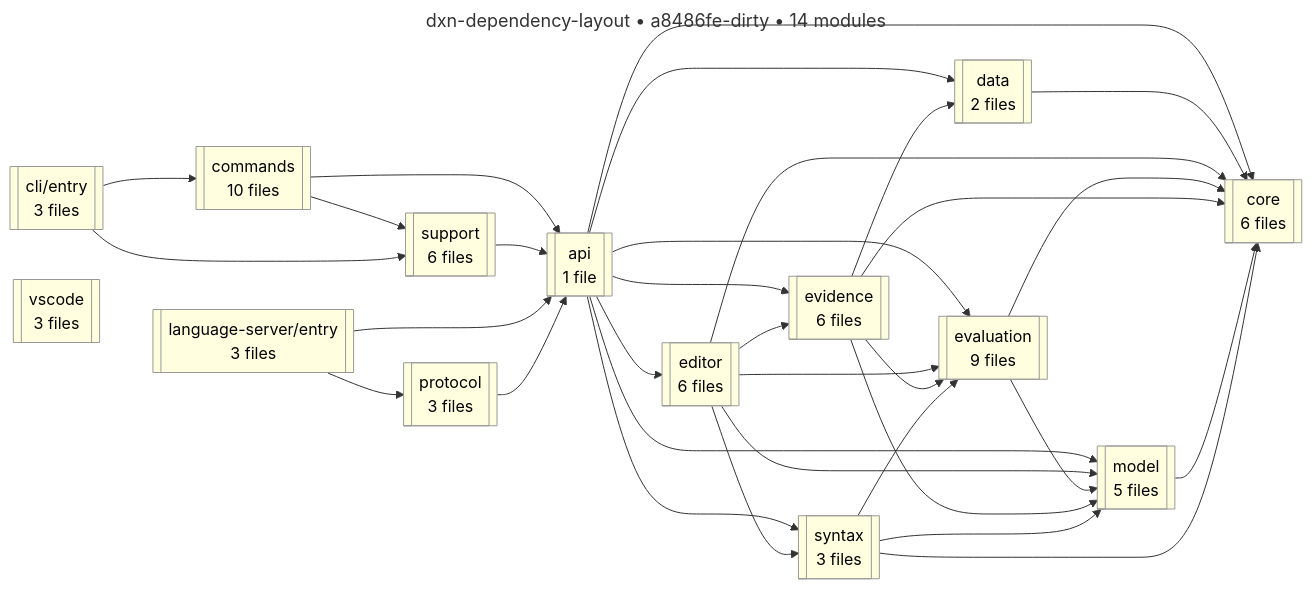
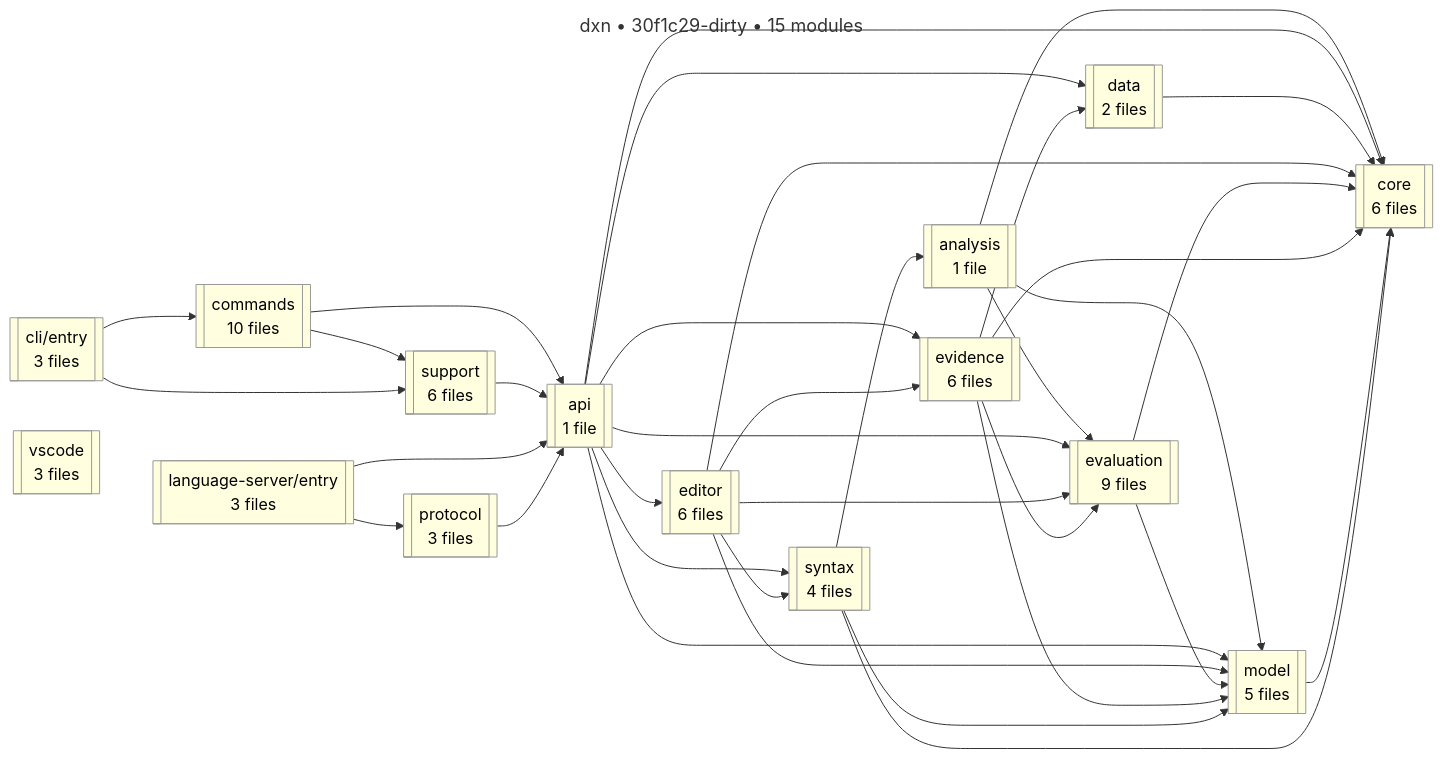
Before and after one commit to LegacyCodeHQ/dxn: the diagram in docs/architecture/dependencies.mmd, drawn with Mermaid. The commit also changed 10 other files, not shown here.

Commit message:
refactor: separate syntax reading from source analysis

```diff
--- a/docs/architecture/dependencies.mmd
+++ b/docs/architecture/dependencies.mmd
@@ -1,53 +1,57 @@
 ---
-title: dxn-dependency-layout • a8486fe-dirty • 14 modules
+title: dxn • 30f1c29-dirty • 15 modules
 ---
 flowchart LR
     n0[["commands<br/>10 files"]]
     n1[["cli/entry<br/>3 files"]]
     n2[["support<br/>6 files"]]
     n3[["language-server/entry<br/>3 files"]]
     n4[["protocol<br/>3 files"]]
-    n5[["api<br/>1 file"]]
-    n6[["core<br/>6 files"]]
-    n7[["data<br/>2 files"]]
-    n8[["editor<br/>6 files"]]
-    n9[["evaluation<br/>9 files"]]
-    n10[["evidence<br/>6 files"]]
-    n11[["model<br/>5 files"]]
-    n12[["syntax<br/>3 files"]]
-    n13[["vscode<br/>3 files"]]
+    n5[["analysis<br/>1 file"]]
+    n6[["api<br/>1 file"]]
+    n7[["core<br/>6 files"]]
+    n8[["data<br/>2 files"]]
+    n9[["editor<br/>6 files"]]
+    n10[["evaluation<br/>9 files"]]
+    n11[["evidence<br/>6 files"]]
+    n12[["model<br/>5 files"]]
+    n13[["syntax<br/>4 files"]]
+    n14[["vscode<br/>3 files"]]
 
     n0 --> n2
-    n0 --> n5
+    n0 --> n6
     n1 --> n0
     n1 --> n2
-    n2 --> n5
+    n2 --> n6
     n3 --> n4
-    n3 --> n5
-    n4 --> n5
-    n5 --> n6
+    n3 --> n6
+    n4 --> n6
     n5 --> n7
-    n5 --> n8
-    n5 --> n9
     n5 --> n10
-    n5 --> n11
     n5 --> n12
-    n7 --> n6
-    n8 --> n6
-    n8 --> n9
-    n8 --> n10
-    n8 --> n11
-    n8 --> n12
-    n9 --> n6
+    n6 --> n7
+    n6 --> n8
+    n6 --> n9
+    n6 --> n10
+    n6 --> n11
+    n6 --> n12
+    n6 --> n13
+    n8 --> n7
+    n9 --> n7
+    n9 --> n10
     n9 --> n11
-    n10 --> n6
+    n9 --> n12
+    n9 --> n13
     n10 --> n7
-    n10 --> n9
-    n10 --> n11
-    n11 --> n6
-    n12 --> n6
-    n12 --> n9
-    n12 --> n11
+    n10 --> n12
+    n11 --> n7
+    n11 --> n8
+    n11 --> n10
+    n11 --> n12
+    n12 --> n7
+    n13 --> n5
+    n13 --> n7
+    n13 --> n12
 
     classDef moduleNode fill:#FFFFE0,stroke:#999999,color:#000000
-    class n0,n1,n2,n3,n4,n5,n6,n7,n8,n9,n10,n11,n12,n13 moduleNode
+    class n0,n1,n2,n3,n4,n5,n6,n7,n8,n9,n10,n11,n12,n13,n14 moduleNode
```
